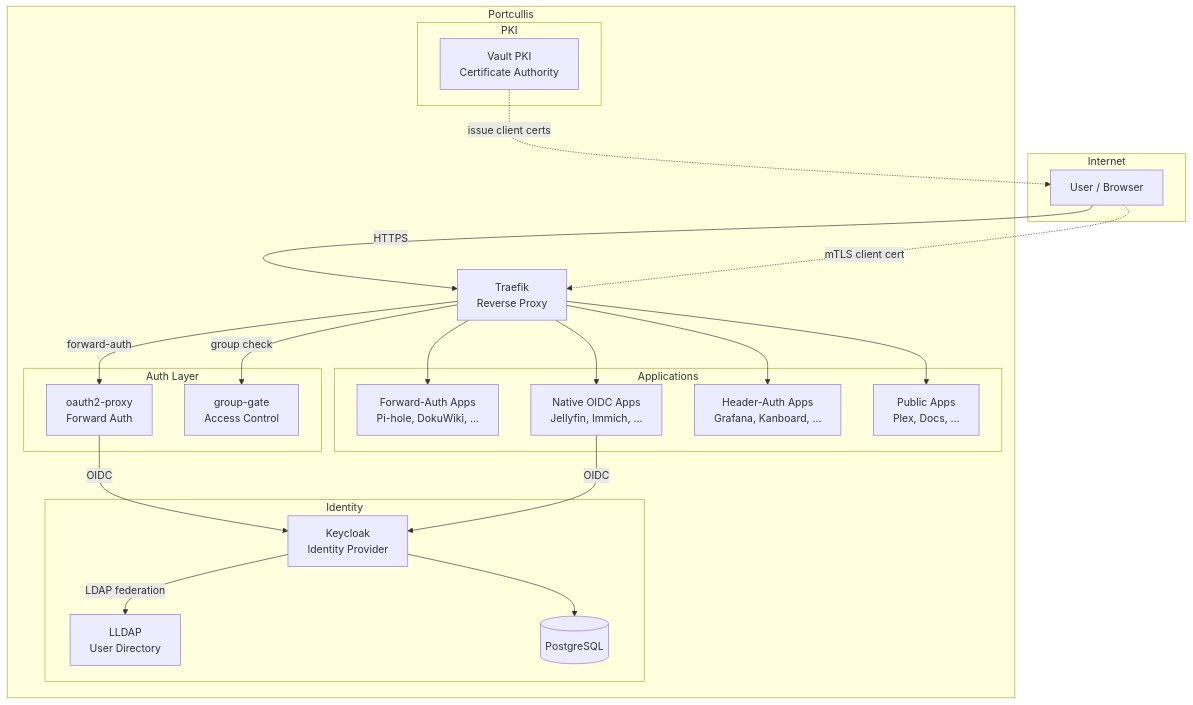
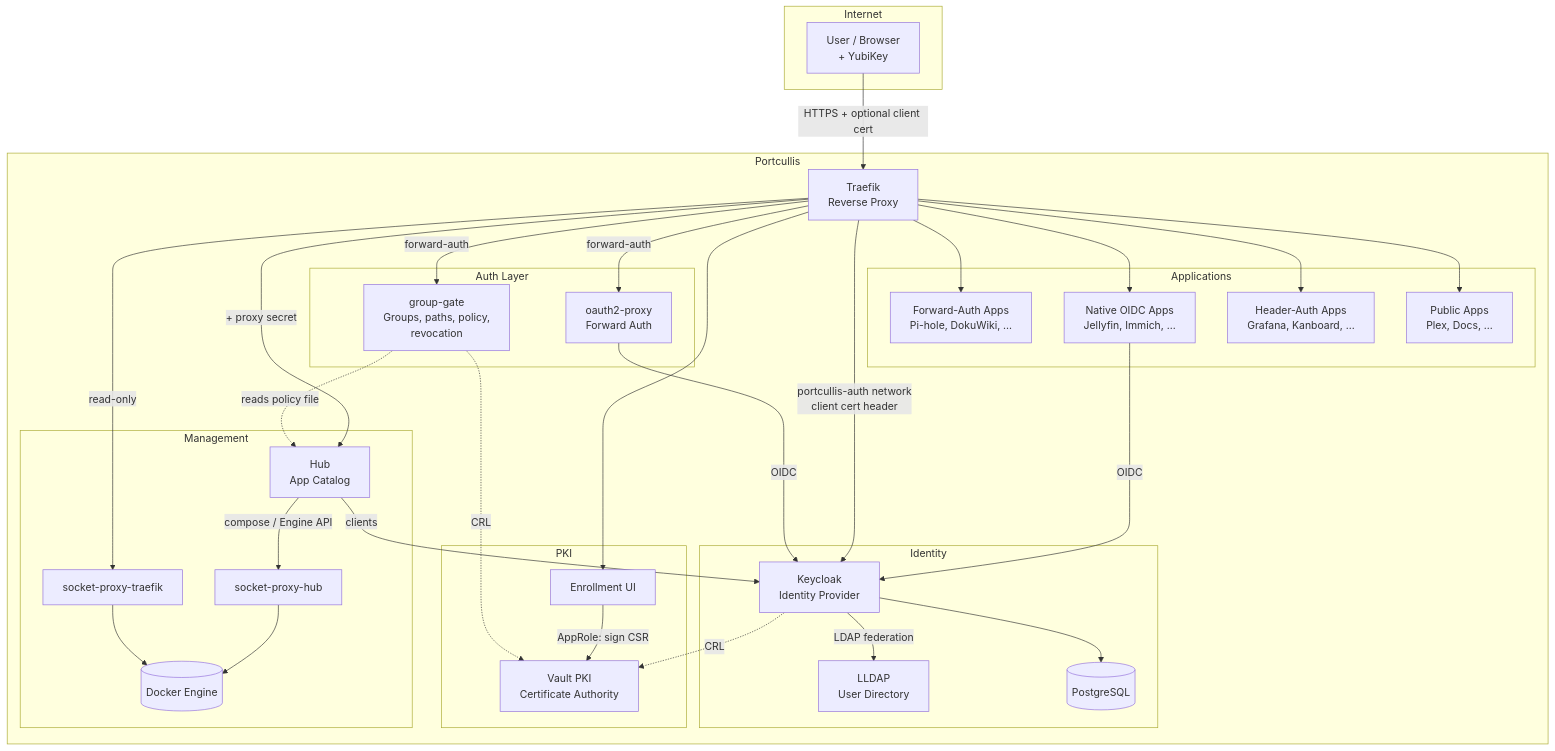
Before and after one commit to porelli/portcullis-docs: the first of 6 diagrams in docs/architecture.md, drawn with Mermaid. The commit also changed other lines of this file and 2 other files, not shown here.

Commit message:
docs: security and hardening page, architecture diagrams with socket proxies and portcullis-auth

````diff
--- a/docs/architecture.md
+++ b/docs/architecture.md
@@ -7,51 +7,69 @@
 ```mermaid
 graph TB
     subgraph Internet
-        User[User / Browser]
+        User[User / Browser<br/>+ YubiKey]
     end
 
     subgraph Portcullis
         Traefik[Traefik<br/>Reverse Proxy]
 
         subgraph Auth Layer
             OAuth2[oauth2-proxy<br/>Forward Auth]
-            GroupGate[group-gate<br/>Access Control]
+            GroupGate[group-gate<br/>Groups, paths, policy,<br/>revocation]
         end
 
         subgraph Identity
             Keycloak[Keycloak<br/>Identity Provider]
             LLDAP[LLDAP<br/>User Directory]
             Postgres[(PostgreSQL)]
         end
 
         subgraph PKI
             Vault[Vault PKI<br/>Certificate Authority]
+            Enroll[Enrollment UI]
+        end
+
+        subgraph Management
+            Hub[Hub<br/>App Catalog]
+            SPH[socket-proxy-hub]
+            SPT[socket-proxy-traefik]
+            Docker[(Docker Engine)]
         end
 
         subgraph Applications
             AppFA[Forward-Auth Apps<br/>Pi-hole, DokuWiki, ...]
             AppOIDC[Native OIDC Apps<br/>Jellyfin, Immich, ...]
             AppHeader[Header-Auth Apps<br/>Grafana, Kanboard, ...]
             AppPublic[Public Apps<br/>Plex, Docs, ...]
         end
     end
 
-    User -->|HTTPS| Traefik
-    User -.->|mTLS client cert| Traefik
+    User -->|HTTPS + optional client cert| Traefik
 
     Traefik -->|forward-auth| OAuth2
     OAuth2 -->|OIDC| Keycloak
-    Traefik -->|group check| GroupGate
+    Traefik -->|forward-auth| GroupGate
+    GroupGate -.->|CRL| Vault
+    GroupGate -.->|reads policy file| Hub
+    Traefik -->|portcullis-auth network<br/>client cert header| Keycloak
 
     Traefik --> AppFA
     Traefik --> AppOIDC
     Traefik --> AppHeader
     Traefik --> AppPublic
+    Traefik -->|+ proxy secret| Hub
+    Traefik --> Enroll
 
     AppOIDC -->|OIDC| Keycloak
 
     Keycloak -->|LDAP federation| LLDAP
     Keycloak --> Postgres
+    Keycloak -.->|CRL| Vault
+    Enroll -->|AppRole: sign CSR| Vault
 
-    Vault -.->|issue client certs| User
+    Traefik -->|read-only| SPT
+    Hub -->|compose / Engine API| SPH
+    SPT --> Docker
+    SPH --> Docker
+    Hub -->|clients| Keycloak
 ```
````
